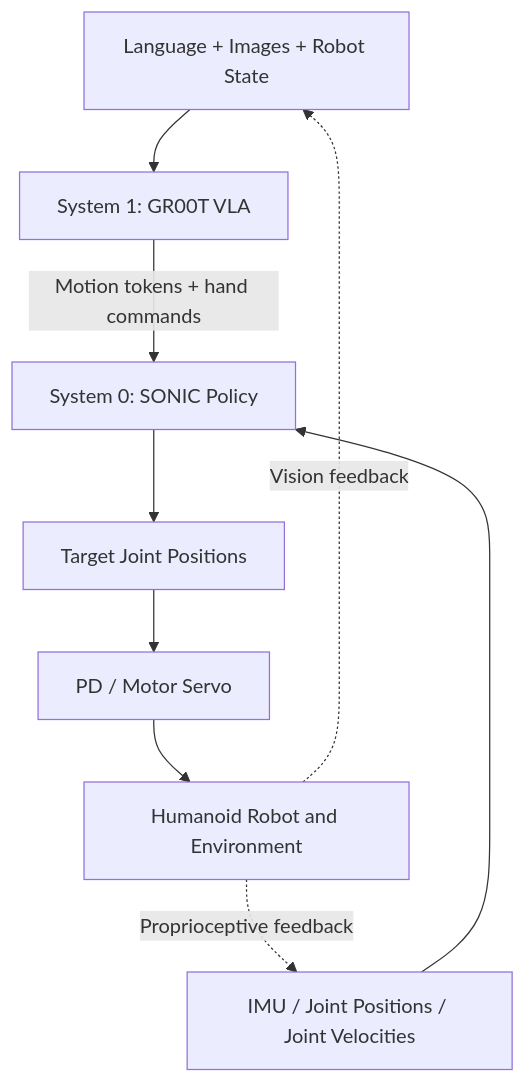
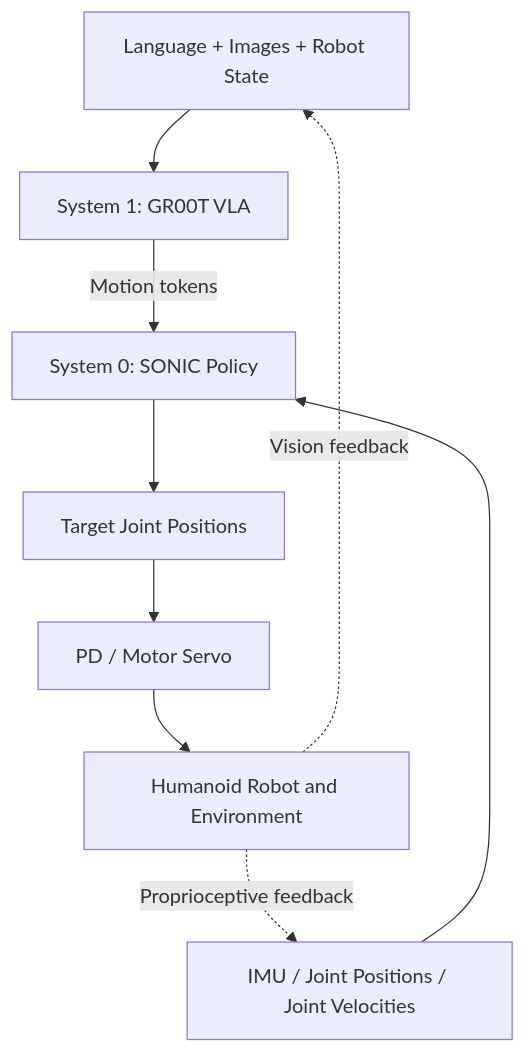
One commit to zengxiong111/Foundation_of_Embodied_AI changed the second of 5 diagrams in md/System1_System0_GR00T_SONIC_EN.md. Above: the diagram before and after it, drawn with Mermaid. The commit also changed other lines of this file and 60 other files, not shown here.

Commit message:
Remove dexterous-hand material outside the motion-control course

````diff
--- a/md/System1_System0_GR00T_SONIC_EN.md
+++ b/md/System1_System0_GR00T_SONIC_EN.md
@@ -84,11 +84,11 @@
 ```mermaid
 flowchart TD
     A[Language + Images + Robot State] --> B[System 1: GR00T VLA]
-    B -->|Motion tokens + hand commands| C[System 0: SONIC Policy]
+    B -->|Motion tokens| C[System 0: SONIC Policy]
     D[IMU / Joint Positions / Joint Velocities] --> C
     C --> E[Target Joint Positions]
     E --> F[PD / Motor Servo]
     F --> G[Humanoid Robot and Environment]
     G -.Vision feedback.-> A
     G -.Proprioceptive feedback.-> D
 ```
````
